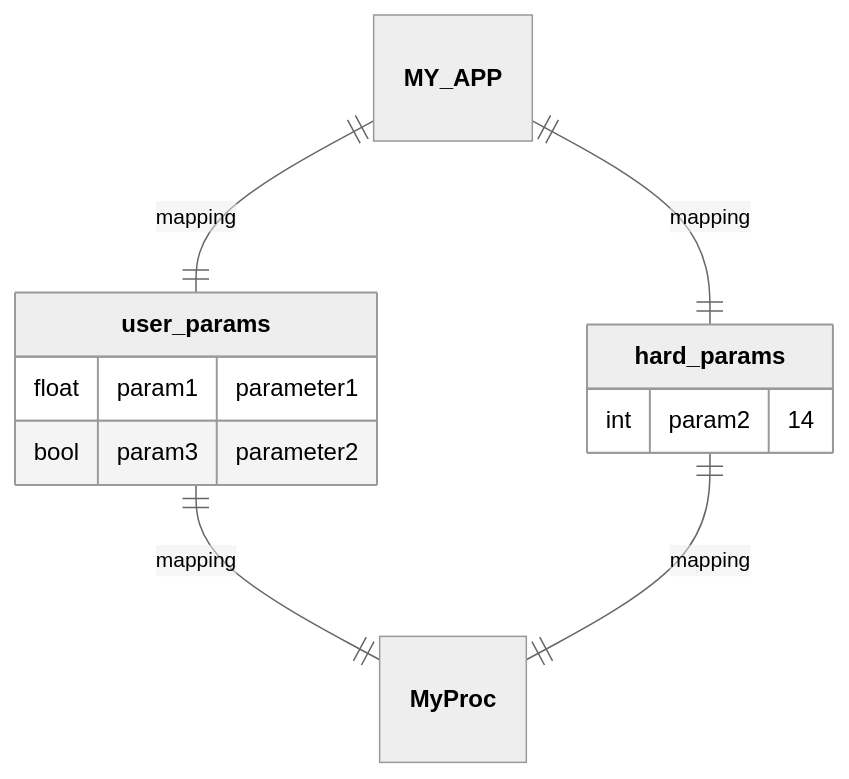
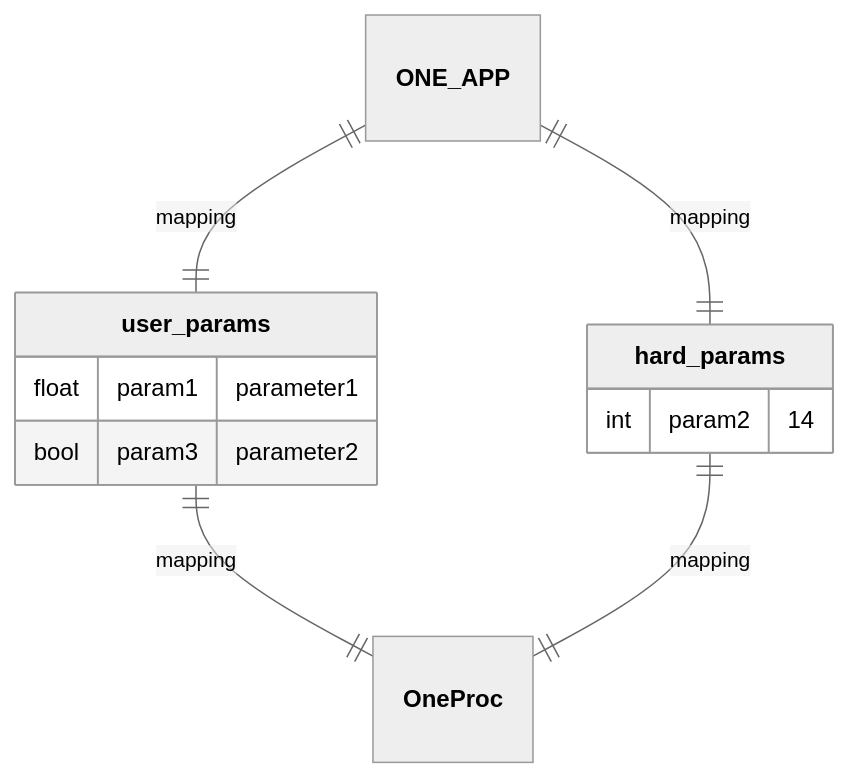
One commit to nuremics/nuremics changed the seventh of 17 diagrams in README.md. Above: the diagram before and after it, drawn with Mermaid (neutral theme). The commit also changed other lines of this file, not shown here.

````diff
--- a/README.md
+++ b/README.md
@@ -213,15 +213,15 @@
 ```mermaid
 erDiagram
-  **MY_APP** ||--|| **user_params** : mapping
-  **MY_APP** ||--|| **hard_params** : mapping
-  **user_params** ||--|| **MyProc**: mapping
-  **hard_params** ||--|| **MyProc**: mapping
+  **ONE_APP** ||--|| **user_params** : mapping
+  **ONE_APP** ||--|| **hard_params** : mapping
+  **user_params** ||--|| **OneProc**: mapping
+  **hard_params** ||--|| **OneProc**: mapping
 
   **user_params** {
     float param1 "parameter1"
     bool param3 "parameter2"
   }
   **hard_params** {
     int param2 "14"
   }
 ```
````
